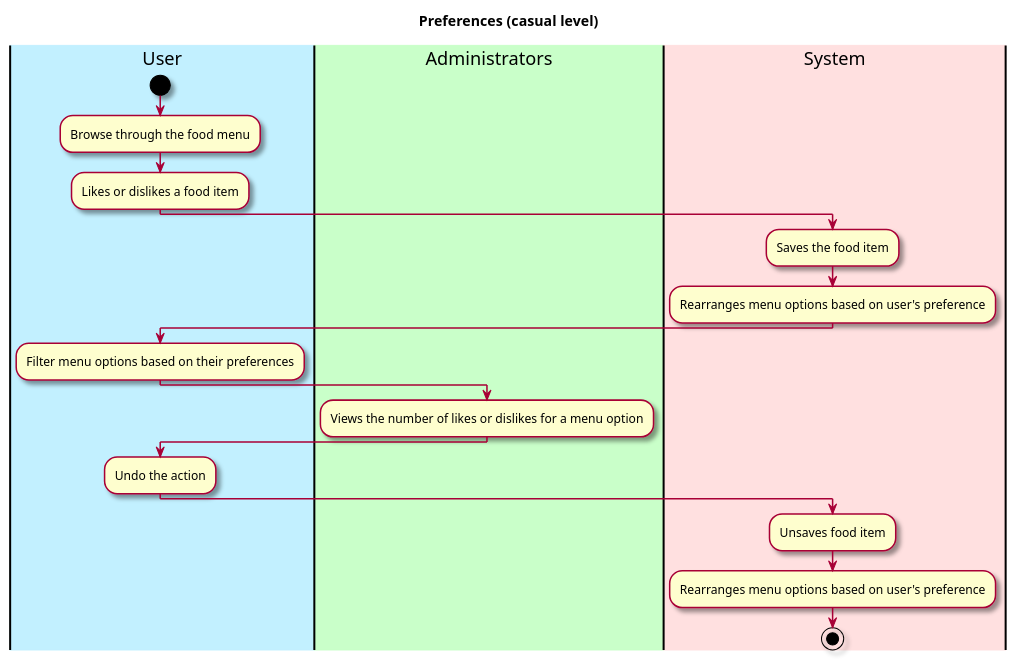
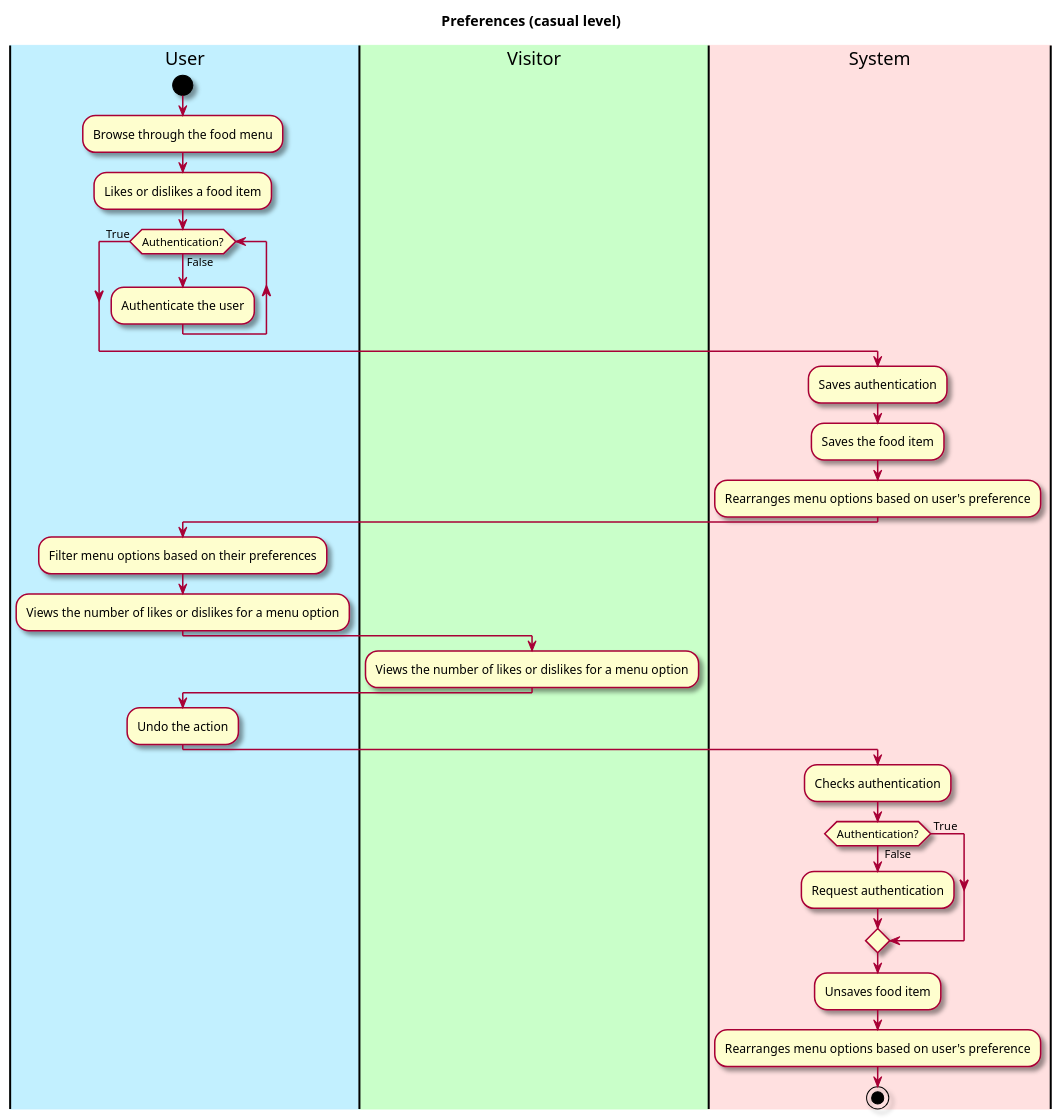
The diagram in intellij/doc/use-cases/use-case-preference.md (EzekielEkanem/team-1d), drawn with PlantUML before and after one commit. The commit also changed other lines of this file and 1 other file, not shown here.

Commit message:
Updated vision.md and preference.md

````diff
--- a/intellij/doc/use-cases/use-case-preference.md
+++ b/intellij/doc/use-cases/use-case-preference.md
@@ -30,36 +32,46 @@
 ```plantuml
 @startuml
 
 skin rose
 
 title Preferences (casual level)
 
 'define the lanes
 |#application|User|
-|#technology|Administrators|
+|#technology|Visitor|
 |#implementation|System|
 
 |User|
 start
 :Browse through the food menu;
 :Likes or dislikes a food item;
+while (Authentication?) is (False)
+  :Authenticate the user;
+endwhile (True)
 
 |System|
+:Saves authentication;
 :Saves the food item;
 :Rearranges menu options based on user's preference;
 
 |User|
 :Filter menu options based on their preferences;
+:Views the number of likes or dislikes for a menu option;
 
-|Administrators|
+|Visitor|
 :Views the number of likes or dislikes for a menu option;
 
 |User|
 :Undo the action;
 
 |System|
+:Checks authentication;
+if (Authentication?) is  ( False ) then
+:Request authentication;
+else ( True ) 
+endif
 :Unsaves food item;
 :Rearranges menu options based on user's preference;
 stop
 @enduml
 ```
````
